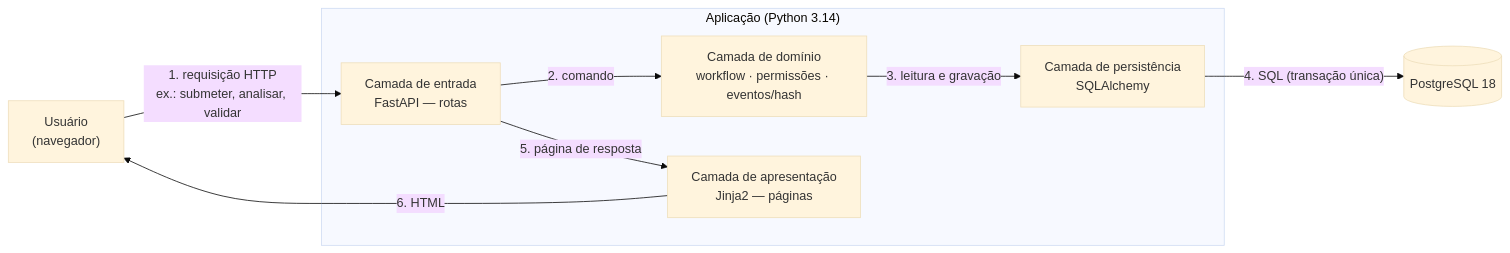
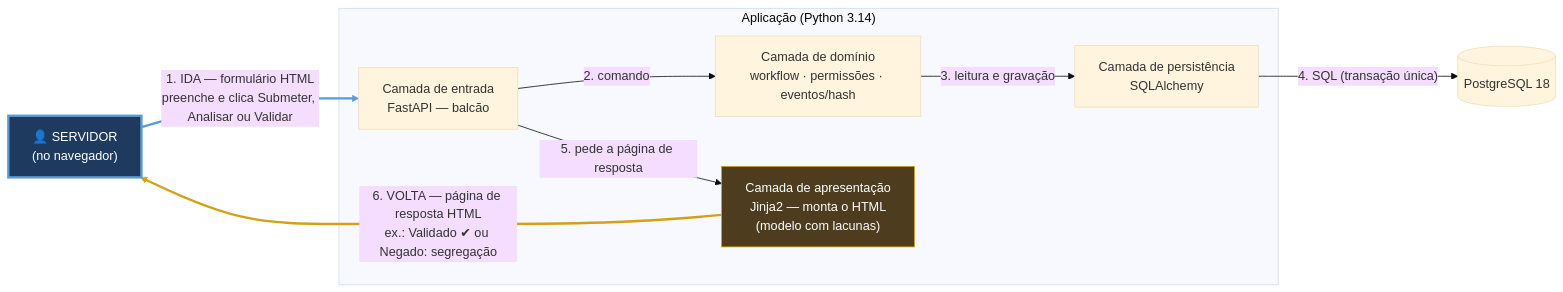
Before and after one commit to ailtonfv/governanca-lgpd-hortolandia: the first of 4 diagrams in ARQUITETURA_POC.md, drawn with Mermaid (base theme). The commit also changed other lines of this file, not shown here.

Commit message:
Arquitetura: servidor e HTML em destaque

````diff
--- a/ARQUITETURA_POC.md
+++ b/ARQUITETURA_POC.md
@@ -8,12 +8,19 @@
 ```mermaid
 flowchart LR
-    U["Usuário<br/>(navegador)"] -->|"1. requisição HTTP<br/>ex.: submeter, analisar, validar"| A
+    U["👤 SERVIDOR<br/>(no navegador)"] -->|"1. IDA — formulário HTML<br/>preenche e clica Submeter, Analisar ou Validar"| A
     subgraph S["Aplicação (Python 3.14)"]
-        A["Camada de entrada<br/>FastAPI — rotas"] -->|"2. comando"| D
+        A["Camada de entrada<br/>FastAPI — balcão"] -->|"2. comando"| D
         D["Camada de domínio<br/>workflow · permissões · eventos/hash"] -->|"3. leitura e gravação"| P
         P["Camada de persistência<br/>SQLAlchemy"]
-        A -->|"5. página de resposta"| T["Camada de apresentação<br/>Jinja2 — páginas"]
+        A -->|"5. pede a página de resposta"| T["Camada de apresentação<br/>Jinja2 — monta o HTML<br/>(modelo com lacunas)"]
     end
     P -->|"4. SQL (transação única)"| B[("PostgreSQL 18")]
-    T -->|"6. HTML"| U
+    T -->|"6. VOLTA — página de resposta HTML<br/>ex.: Validado ✔ ou Negado: segregação"| U
+
+    classDef servidor fill:#1e3a5f,stroke:#5b9bd5,color:#fff,stroke-width:3px
+    classDef html fill:#4d3d1e,stroke:#d4a017,color:#fff
+    class U servidor
+    class T html
+    linkStyle 0 stroke:#5b9bd5,stroke-width:3px
+    linkStyle 5 stroke:#d4a017,stroke-width:3px
 ```
````
